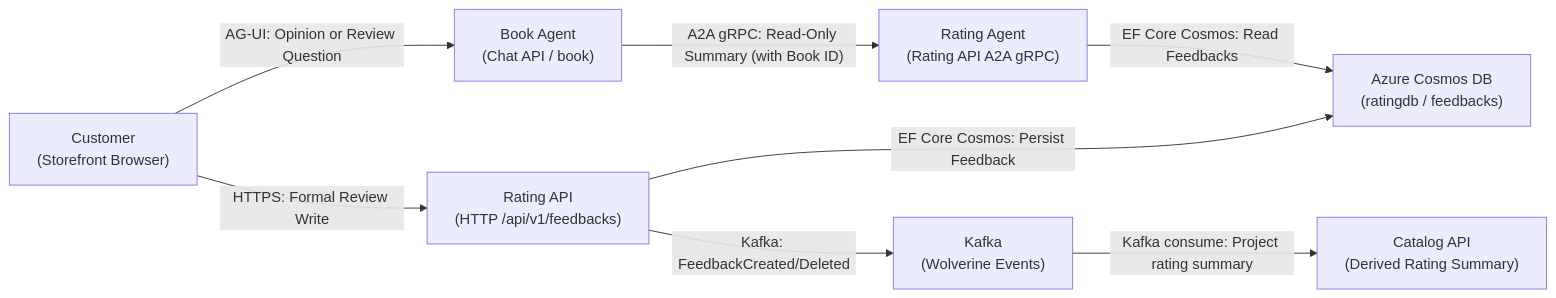
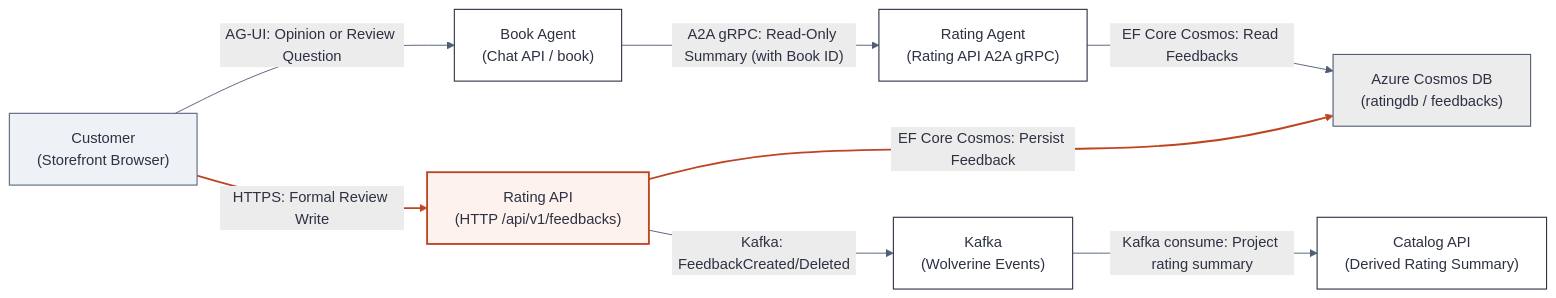
Before and after one commit to foxminchan/BookWorm: the diagram in docs/domains/BookWorm/subdomains/Conversational/docs/guides/mermaids/04-handle-book-feedback-diagram-1.mmd, drawn with Mermaid. The commit also changed 191 other files, not shown here.

Commit message:
docs: update architecture diagrams and documentation

```diff
--- a/docs/domains/BookWorm/subdomains/Conversational/docs/guides/mermaids/04-handle-book-feedback-diagram-1.mmd
+++ b/docs/domains/BookWorm/subdomains/Conversational/docs/guides/mermaids/04-handle-book-feedback-diagram-1.mmd
@@ -1,16 +1,29 @@
+%%{init: {'theme': 'base', 'themeVariables': {'background': '#f5f5f5', 'primaryColor': '#ffffff', 'primaryTextColor': '#2d3142', 'primaryBorderColor': '#2d3142', 'secondaryColor': '#ececec', 'secondaryBorderColor': '#4f5d75', 'tertiaryColor': '#fdf2ee', 'tertiaryBorderColor': '#bf4520', 'lineColor': '#4f5d75', 'textColor': '#2d3142', 'clusterBkg': '#f8f9fa', 'clusterBorder': '#bfc0c0', 'fontFamily': 'Geist, system-ui, sans-serif'}}}%%
 flowchart LR
 	customer["Customer\n(Storefront Browser)"]
 	book["Book Agent\n(Chat API / book)"]
 	ratingAgent["Rating Agent\n(Rating API A2A gRPC)"]
 	ratingApi["Rating API\n(HTTP /api/v1/feedbacks)"]
 	cosmos["Azure Cosmos DB\n(ratingdb / feedbacks)"]
 	kafka["Kafka\n(Wolverine Events)"]
 	catalog["Catalog API\n(Derived Rating Summary)"]
 
 	customer --> |"AG-UI: Opinion or Review Question"| book
 	book --> |"A2A gRPC: Read-Only Summary (with Book ID)"| ratingAgent
 	ratingAgent --> |"EF Core Cosmos: Read Feedbacks"| cosmos
 	customer --> |"HTTPS: Formal Review Write"| ratingApi
 	ratingApi --> |"EF Core Cosmos: Persist Feedback"| cosmos
 	ratingApi --> |"Kafka: FeedbackCreated/Deleted"| kafka
 	kafka --> |"Kafka consume: Project rating summary"| catalog
+
+	classDef focal fill:#fdf2ee,stroke:#bf4520,stroke-width:2px,color:#2d3142
+	classDef service fill:#ffffff,stroke:#2d3142,stroke-width:1.2px,color:#2d3142
+	classDef store fill:#ececec,stroke:#4f5d75,stroke-width:1.2px,color:#2d3142
+	classDef input fill:#eef1f6,stroke:#5a6580,stroke-width:1.2px,color:#2d3142
+	classDef ext fill:#f5f5f5,stroke:#949eb2,stroke-width:1px,stroke-dasharray:4 3,color:#4f5d75
+	class ratingApi focal
+	class book,ratingAgent,kafka,catalog service
+	class cosmos store
+	class customer input
+	linkStyle 3 stroke:#bf4520,stroke-width:2px
+	linkStyle 4 stroke:#bf4520,stroke-width:2px
```
